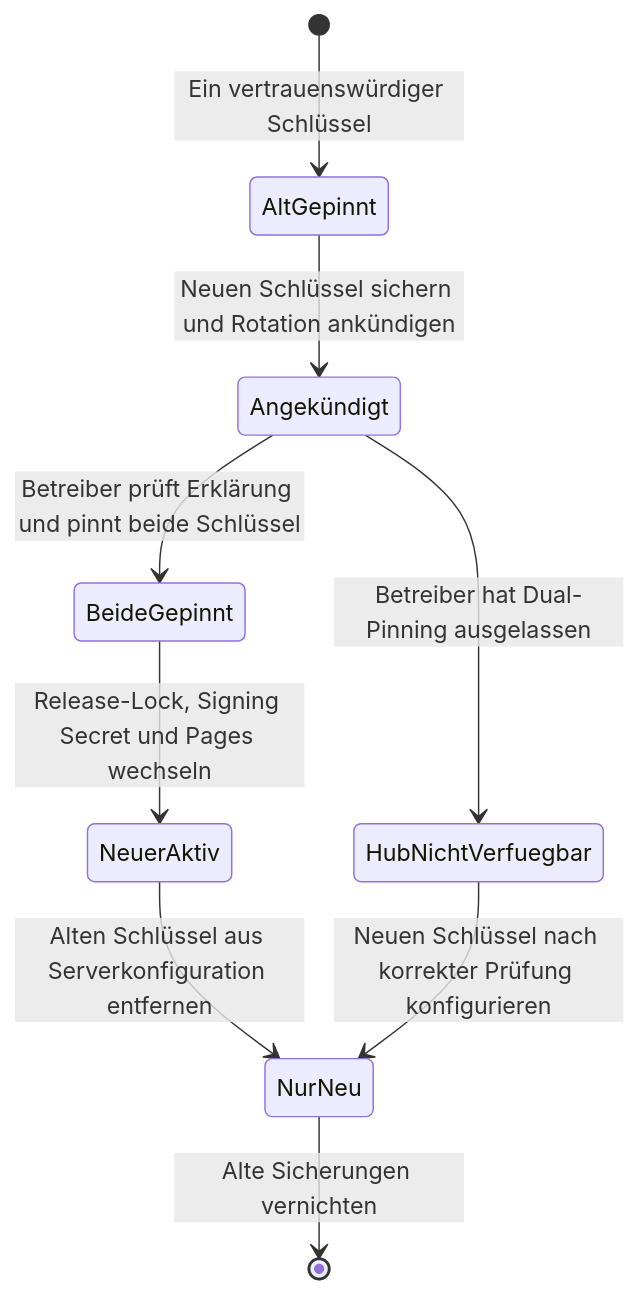
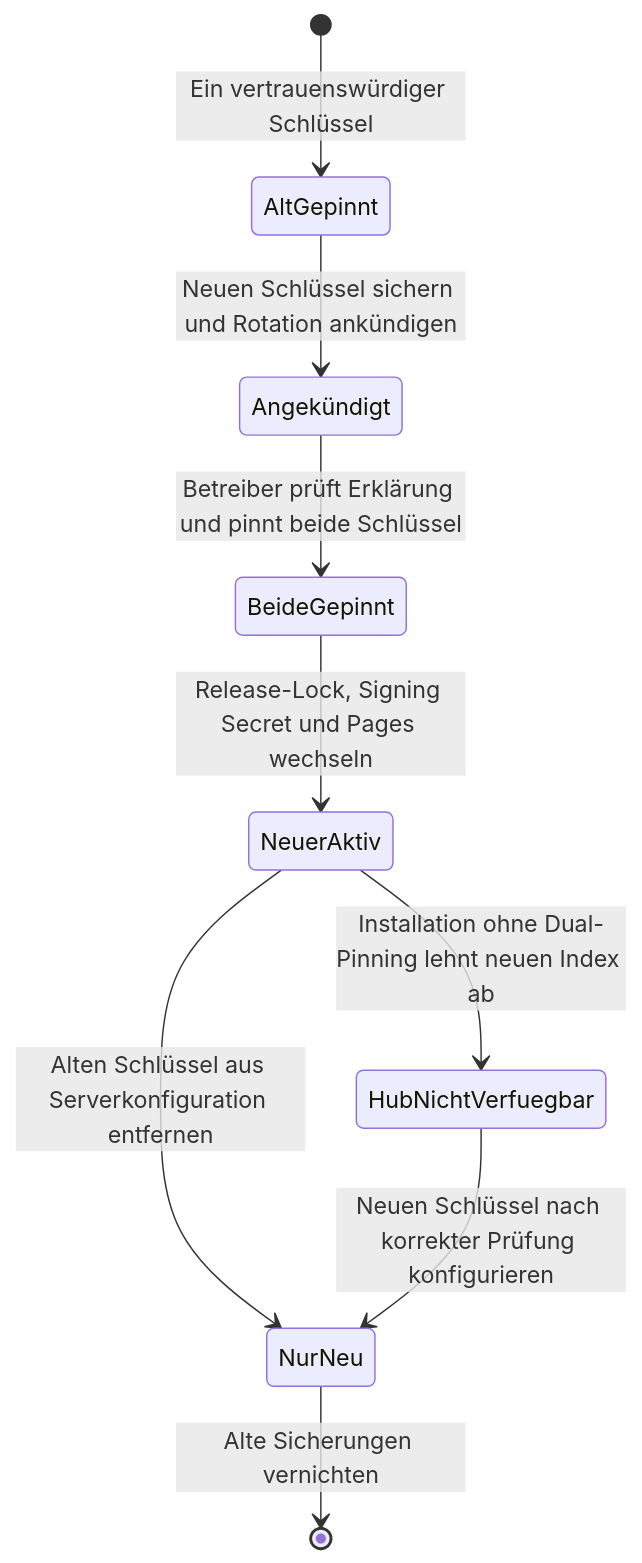
The fourth of 4 diagrams in docs/whitepapers/atlas-hub-signierte-verteilung.md (pblumer/atlas), drawn with Mermaid before and after one commit. The commit also changed other lines of this file and 2 other files, not shown here.

First line of the commit message:
docs(whitepapers): keep the atlas hub whitepaper current, with a guard

````diff
--- a/docs/whitepapers/atlas-hub-signierte-verteilung.md
+++ b/docs/whitepapers/atlas-hub-signierte-verteilung.md
@@ -480,11 +493,11 @@
 ```mermaid
 stateDiagram-v2
   [*] --> AltGepinnt: Ein vertrauenswürdiger Schlüssel
   AltGepinnt --> Angekündigt: Neuen Schlüssel sichern und Rotation ankündigen
   Angekündigt --> BeideGepinnt: Betreiber prüft Erklärung und pinnt beide Schlüssel
   BeideGepinnt --> NeuerAktiv: Release-Lock, Signing Secret und Pages wechseln
   NeuerAktiv --> NurNeu: Alten Schlüssel aus Serverkonfiguration entfernen
   NurNeu --> [*]: Alte Sicherungen vernichten
-  Angekündigt --> HubNichtVerfuegbar: Betreiber hat Dual-Pinning ausgelassen
+  NeuerAktiv --> HubNichtVerfuegbar: Installation ohne Dual-Pinning lehnt neuen Index ab
   HubNichtVerfuegbar --> NurNeu: Neuen Schlüssel nach korrekter Prüfung konfigurieren
 ```
````
